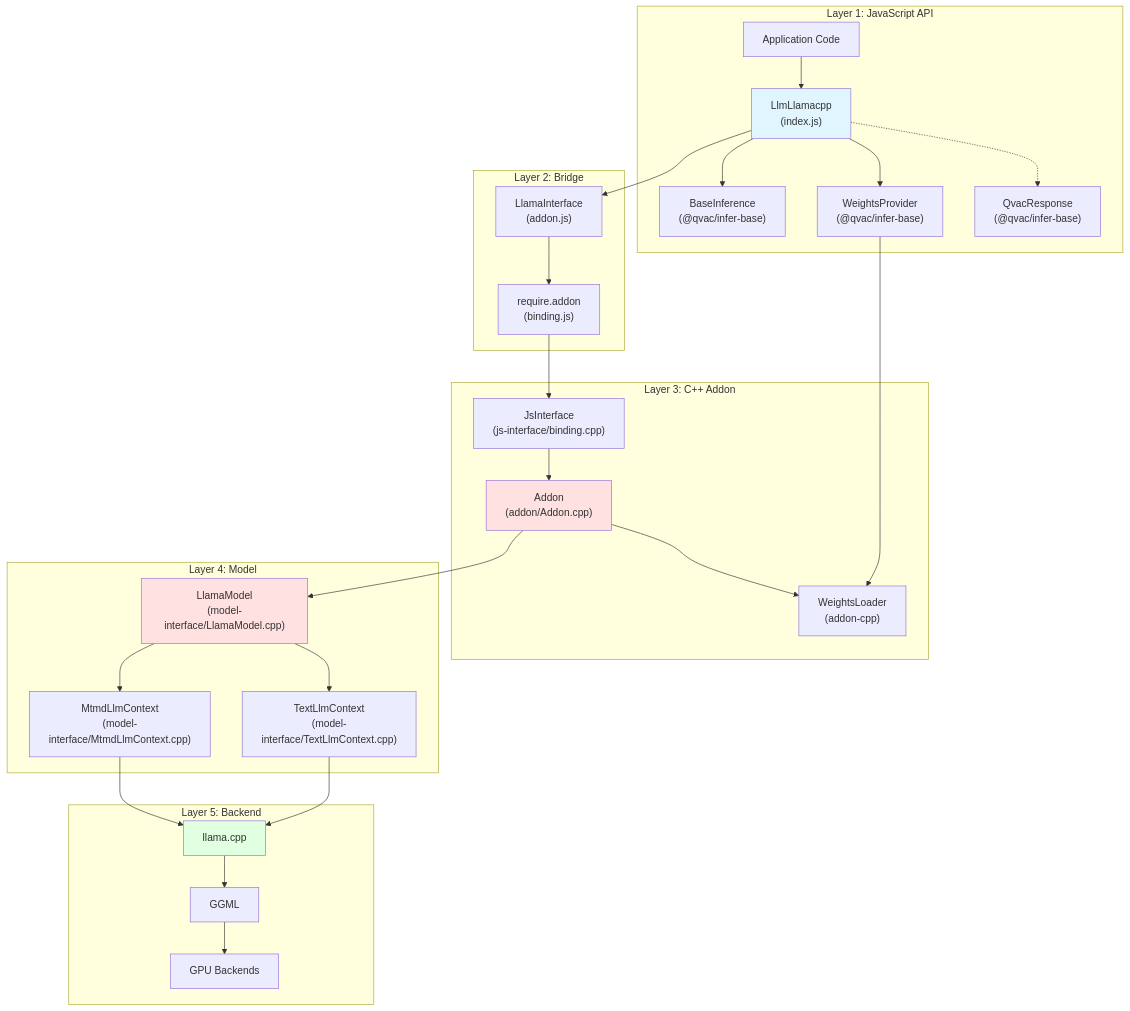
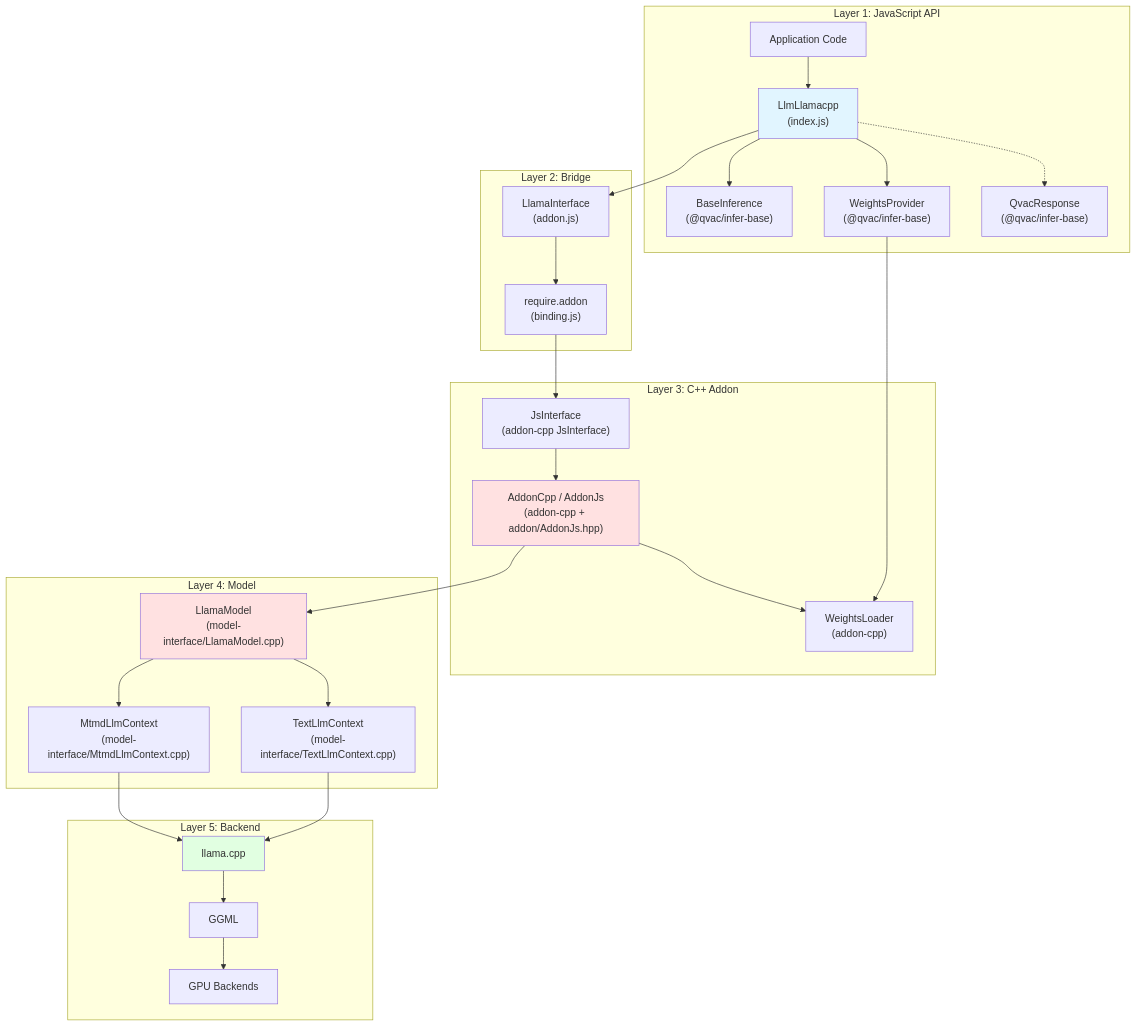
Before and after one commit to tetherto/qvac: the third of 4 diagrams in packages/qvac-lib-infer-llamacpp-llm/docs/architecture.md, drawn with Mermaid. The commit also changed other lines of this file and 2 other files, not shown here.

````diff
--- a/packages/qvac-lib-infer-llamacpp-llm/docs/architecture.md
+++ b/packages/qvac-lib-infer-llamacpp-llm/docs/architecture.md
@@ -217,60 +217,60 @@
 ```mermaid
 graph TB
     subgraph "Layer 1: JavaScript API"
         APP["Application Code"]
         LLMCLASS["LlmLlamacpp<br/>(index.js)"]
         BASEINF["BaseInference<br/>(@qvac/infer-base)"]
         WEIGHTSPR["WeightsProvider<br/>(@qvac/infer-base)"]
         RESPONSE["QvacResponse<br/>(@qvac/infer-base)"]
     end
     
     subgraph "Layer 2: Bridge"
         LLAMAIF["LlamaInterface<br/>(addon.js)"]
         BINDING["require.addon<br/>(binding.js)"]
     end
     
     subgraph "Layer 3: C++ Addon"
-        JSINTERFACE["JsInterface<br/>(js-interface/binding.cpp)"]
-        ADDON["Addon<LlamaModel><br/>(addon/Addon.cpp)"]
+        JSINTERFACE["JsInterface<br/>(addon-cpp JsInterface)"]
+        ADDONCPP["AddonCpp / AddonJs<br/>(addon-cpp + addon/AddonJs.hpp)"]
         WEIGHTSLOAD["WeightsLoader<br/>(addon-cpp)"]
     end
     
     subgraph "Layer 4: Model"
         LLAMAMODEL["LlamaModel<br/>(model-interface/LlamaModel.cpp)"]
         TEXTCTX["TextLlmContext<br/>(model-interface/TextLlmContext.cpp)"]
         MTMDCTX["MtmdLlmContext<br/>(model-interface/MtmdLlmContext.cpp)"]
     end
     
     subgraph "Layer 5: Backend"
         LLAMACPP["llama.cpp"]
         GGML["GGML"]
         GPU["GPU Backends"]
     end
     
     APP --> LLMCLASS
     LLMCLASS --> BASEINF
     LLMCLASS --> WEIGHTSPR
     LLMCLASS --> LLAMAIF
     LLMCLASS -.-> RESPONSE
     
     LLAMAIF --> BINDING
     BINDING --> JSINTERFACE
     WEIGHTSPR --> WEIGHTSLOAD
     
-    JSINTERFACE --> ADDON
-    ADDON --> WEIGHTSLOAD
-    ADDON --> LLAMAMODEL
+    JSINTERFACE --> ADDONCPP
+    ADDONCPP --> WEIGHTSLOAD
+    ADDONCPP --> LLAMAMODEL
     
     LLAMAMODEL --> TEXTCTX
     LLAMAMODEL --> MTMDCTX
     TEXTCTX --> LLAMACPP
     MTMDCTX --> LLAMACPP
     
     LLAMACPP --> GGML
     GGML --> GPU
     
     style LLMCLASS fill:#e1f5ff
-    style ADDON fill:#ffe1e1
+    style ADDONCPP fill:#ffe1e1
     style LLAMAMODEL fill:#ffe1e1
     style LLAMACPP fill:#e1ffe1
 ```
````
